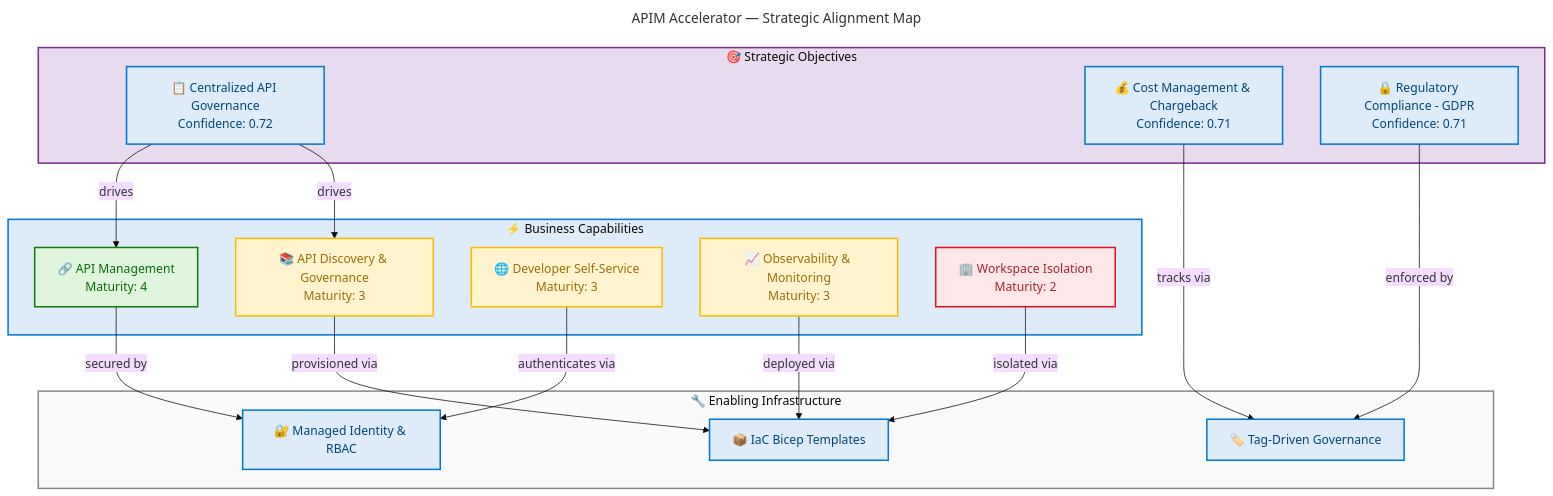
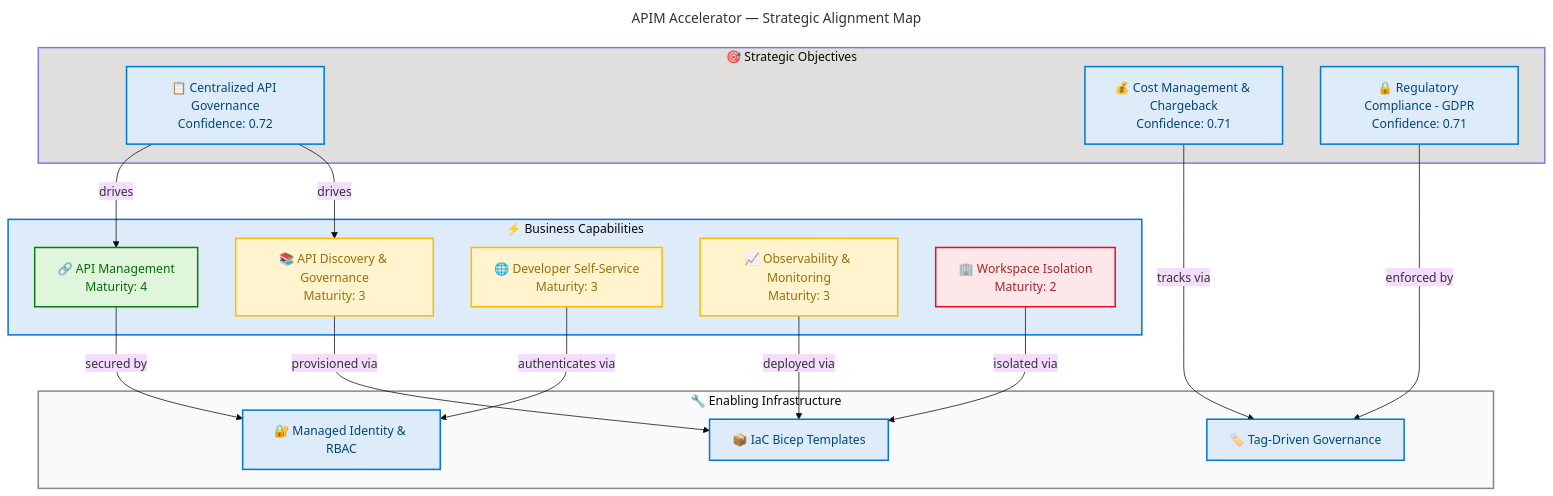
Before and after one commit to Evilazaro/APIM-Accelerator: the first of 8 diagrams in docs/architecture/business-architecture.md, drawn with Mermaid. The commit also changed other lines of this file, not shown here.

Commit message:
Refine business architecture diagrams: Update governance notes and adjust styling for improved clarity and accessibility

````diff
--- a/docs/architecture/business-architecture.md
+++ b/docs/architecture/business-architecture.md
@@ -36,59 +36,60 @@
 ```mermaid
 ---
 title: "APIM Accelerator — Strategic Alignment Map"
 config:
   theme: base
   look: classic
   layout: dagre
   themeVariables:
     fontSize: "16px"
   flowchart:
     htmlLabels: true
 ---
 flowchart TB
     accTitle: APIM Accelerator Strategy Map
     accDescr: Maps strategic objectives to business capabilities and enabling infrastructure showing how the platform strategy flows from enterprise goals through governance to operational capabilities
 
     %% ═══════════════════════════════════════════════════════════════════════════
     %% AZURE / FLUENT ARCHITECTURE PATTERN v1.1
+    %% (Semantic + Structural + Font + Accessibility Governance)
     %% ═══════════════════════════════════════════════════════════════════════════
 
     subgraph strategic["🎯 Strategic Objectives"]
         so1["📋 Centralized API Governance<br/>Confidence: 0.72"]:::core
         so2["💰 Cost Management & Chargeback<br/>Confidence: 0.71"]:::core
         so3["🔒 Regulatory Compliance - GDPR<br/>Confidence: 0.71"]:::core
     end
 
     subgraph capabilities["⚡ Business Capabilities"]
         bc1["🔗 API Management<br/>Maturity: 4"]:::success
         bc2["📚 API Discovery & Governance<br/>Maturity: 3"]:::warning
         bc3["🌐 Developer Self-Service<br/>Maturity: 3"]:::warning
         bc4["📈 Observability & Monitoring<br/>Maturity: 3"]:::warning
         bc5["🏢 Workspace Isolation<br/>Maturity: 2"]:::danger
     end
 
     subgraph enablers["🔧 Enabling Infrastructure"]
         en1["🔐 Managed Identity & RBAC"]:::core
         en2["🏷️ Tag-Driven Governance"]:::core
         en3["📦 IaC Bicep Templates"]:::core
     end
 
     so1 -->|"drives"| bc1
     so1 -->|"drives"| bc2
     so2 -->|"tracks via"| en2
     so3 -->|"enforced by"| en2
     bc1 -->|"secured by"| en1
     bc2 -->|"provisioned via"| en3
     bc3 -->|"authenticates via"| en1
     bc4 -->|"deployed via"| en3
     bc5 -->|"isolated via"| en3
 
-    style strategic fill:#E8DAEF,stroke:#7B2D8E,stroke-width:2px
+    style strategic fill:#E1DFDD,stroke:#8378DE,stroke-width:2px
     style capabilities fill:#DEECF9,stroke:#0078D4,stroke-width:2px
     style enablers fill:#FAFAFA,stroke:#8A8886,stroke-width:2px
 
     classDef core fill:#DEECF9,stroke:#0078D4,stroke-width:2px,color:#004578
     classDef success fill:#DFF6DD,stroke:#107C10,stroke-width:2px,color:#0B6A0B
     classDef warning fill:#FFF4CE,stroke:#FFB900,stroke-width:2px,color:#986F0B
     classDef danger fill:#FDE7E9,stroke:#E81123,stroke-width:2px,color:#A4262C
 ```
````
